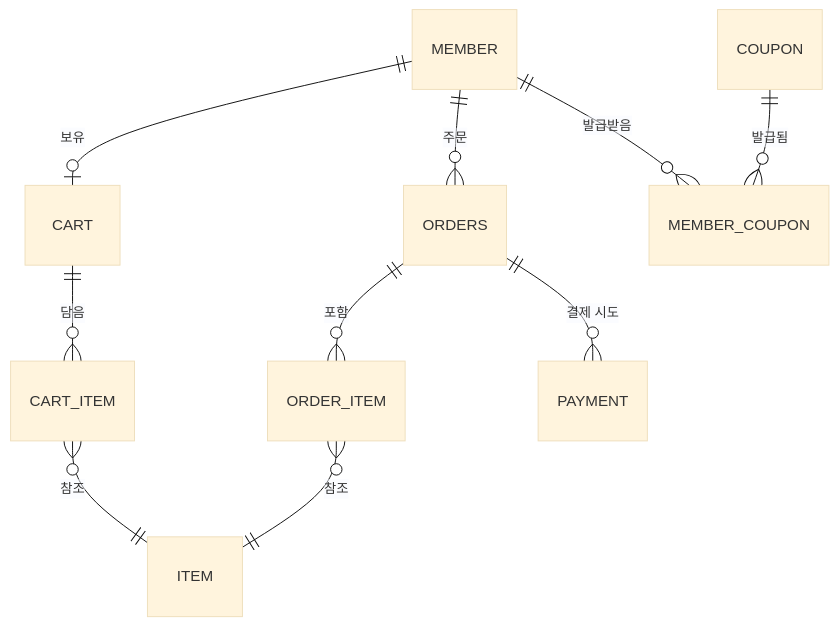
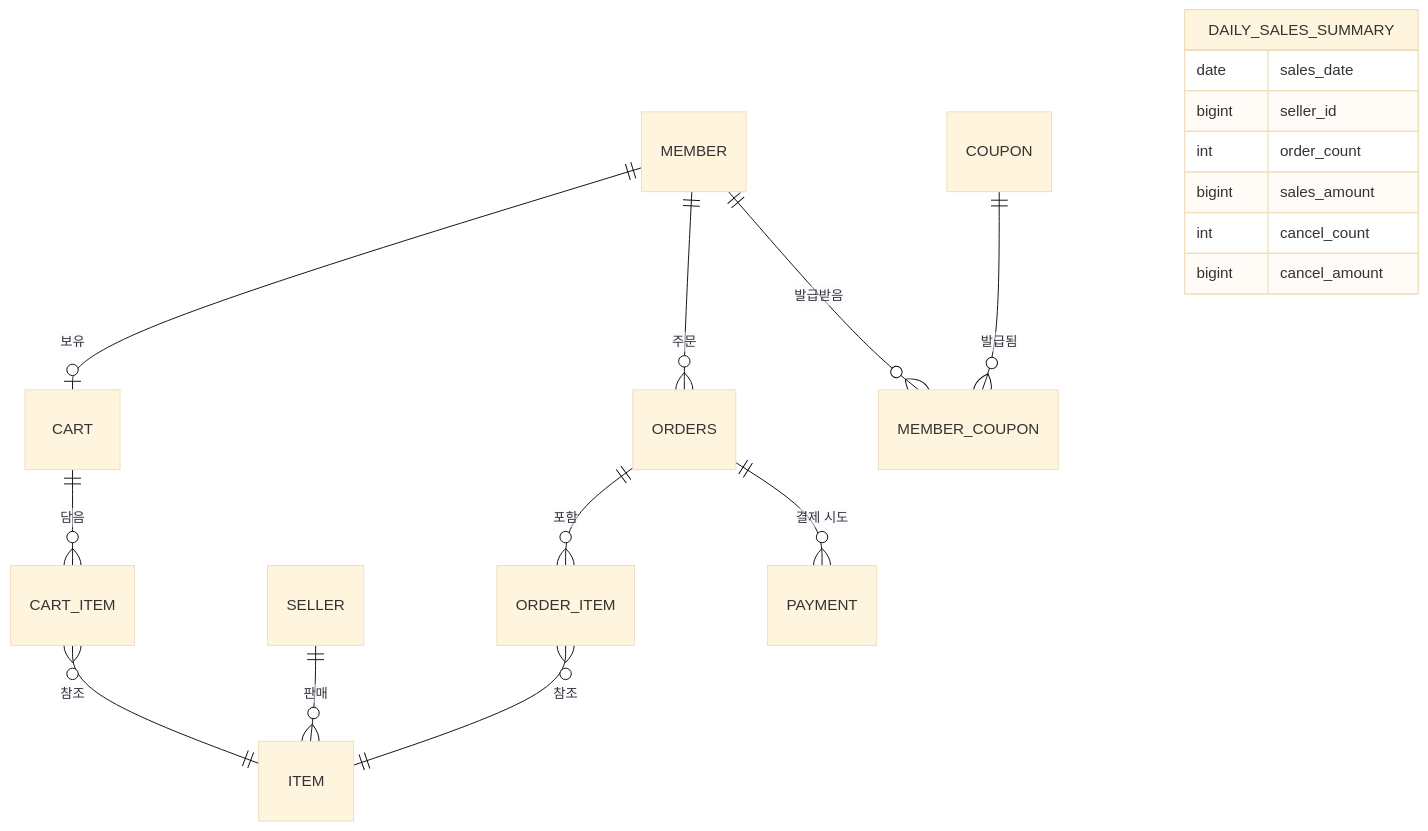
Before and after one commit to shyuk113/home-shopping-backend: the third of 3 diagrams in README.md, drawn with Mermaid (base theme). The commit also changed other lines of this file, not shown here.

````diff
--- a/README.md
+++ b/README.md
@@ -167,12 +245,21 @@
 ```mermaid
 erDiagram
     MEMBER ||--o| CART : "보유"
     CART ||--o{ CART_ITEM : "담음"
     CART_ITEM }o--|| ITEM : "참조"
+    SELLER ||--o{ ITEM : "판매"
     MEMBER ||--o{ ORDERS : "주문"
     ORDERS ||--o{ ORDER_ITEM : "포함"
     ORDER_ITEM }o--|| ITEM : "참조"
     ORDERS ||--o{ PAYMENT : "결제 시도"
     MEMBER ||--o{ MEMBER_COUPON : "발급받음"
     COUPON ||--o{ MEMBER_COUPON : "발급됨"
+    DAILY_SALES_SUMMARY {
+        date sales_date
+        bigint seller_id
+        int order_count
+        bigint sales_amount
+        int cancel_count
+        bigint cancel_amount
+    }
 ```
````
